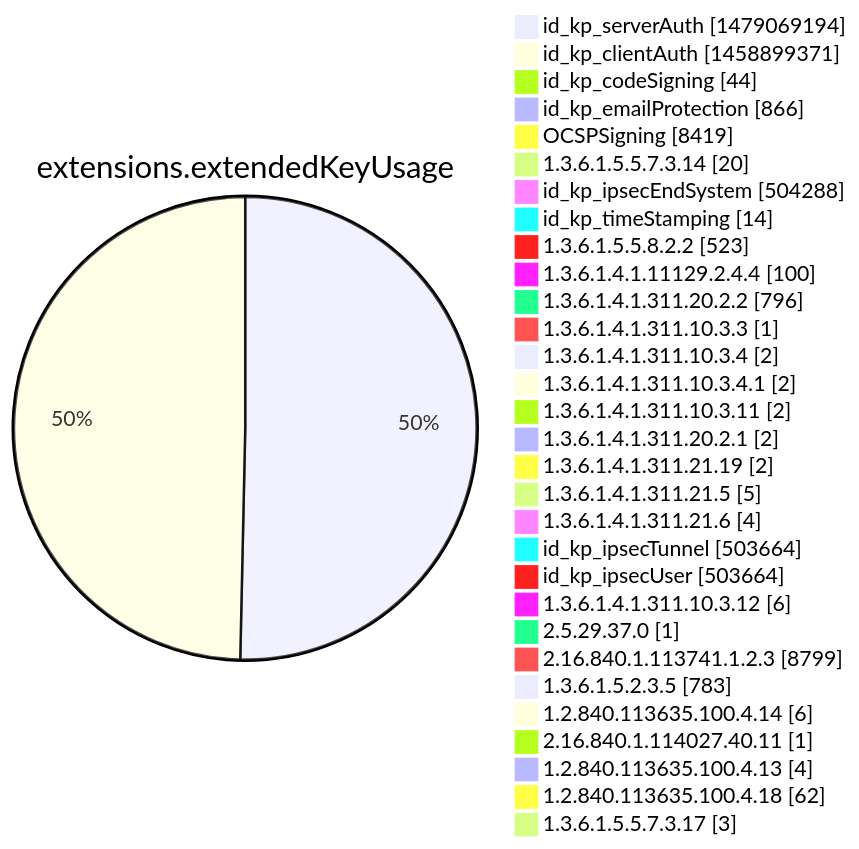
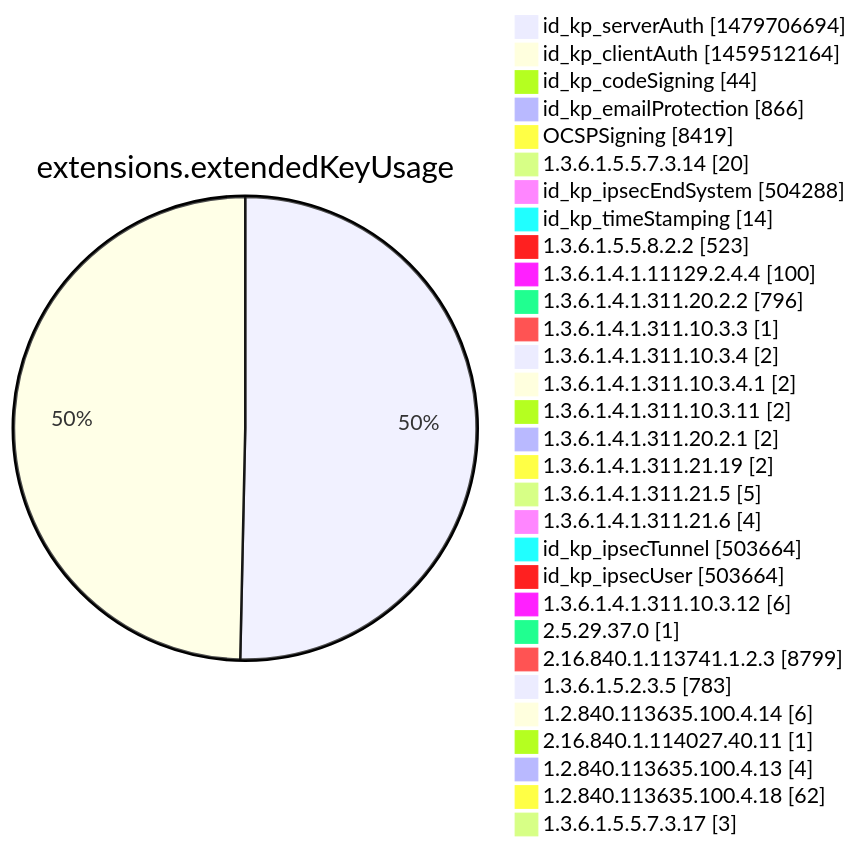
One commit to christiankrug/ctmonitor_visualization changed diagram 12 of 15 in argon2022/README.md. Above: the diagram before and after it, drawn with Mermaid. The commit also changed other lines of this file, not shown here.

````diff
--- a/argon2022/README.md
+++ b/argon2022/README.md
@@ -3555,34 +3555,34 @@
 ```mermaid
 pie showData
 title extensions.extendedKeyUsage
-"id_kp_serverAuth" :1479069194
-"id_kp_clientAuth" :1458899371
+"id_kp_serverAuth" :1479706694
+"id_kp_clientAuth" :1459512164
 "id_kp_codeSigning" :44
 "id_kp_emailProtection" :866
 "OCSPSigning" :8419
 "1.3.6.1.5.5.7.3.14" :20
 "id_kp_ipsecEndSystem" :504288
 "id_kp_timeStamping" :14
 "1.3.6.1.5.5.8.2.2" :523
 "1.3.6.1.4.1.11129.2.4.4" :100
 "1.3.6.1.4.1.311.20.2.2" :796
 "1.3.6.1.4.1.311.10.3.3" :1
 "1.3.6.1.4.1.311.10.3.4" :2
 "1.3.6.1.4.1.311.10.3.4.1" :2
 "1.3.6.1.4.1.311.10.3.11" :2
 "1.3.6.1.4.1.311.20.2.1" :2
 "1.3.6.1.4.1.311.21.19" :2
 "1.3.6.1.4.1.311.21.5" :5
 "1.3.6.1.4.1.311.21.6" :4
 "id_kp_ipsecTunnel" :503664
 "id_kp_ipsecUser" :503664
 "1.3.6.1.4.1.311.10.3.12" :6
 "2.5.29.37.0" :1
 "2.16.840.1.113741.1.2.3" :8799
 "1.3.6.1.5.2.3.5" :783
 "1.2.840.113635.100.4.14" :6
 "2.16.840.1.114027.40.11" :1
 "1.2.840.113635.100.4.13" :4
 "1.2.840.113635.100.4.18" :62
 "1.3.6.1.5.5.7.3.17" :3
 ```
````
